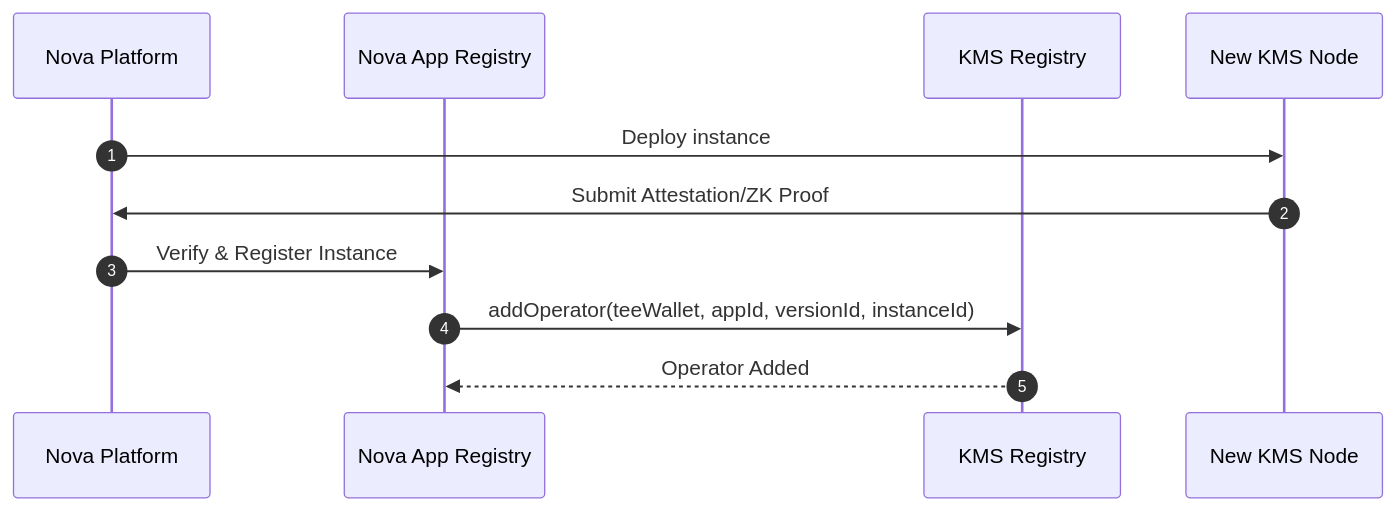
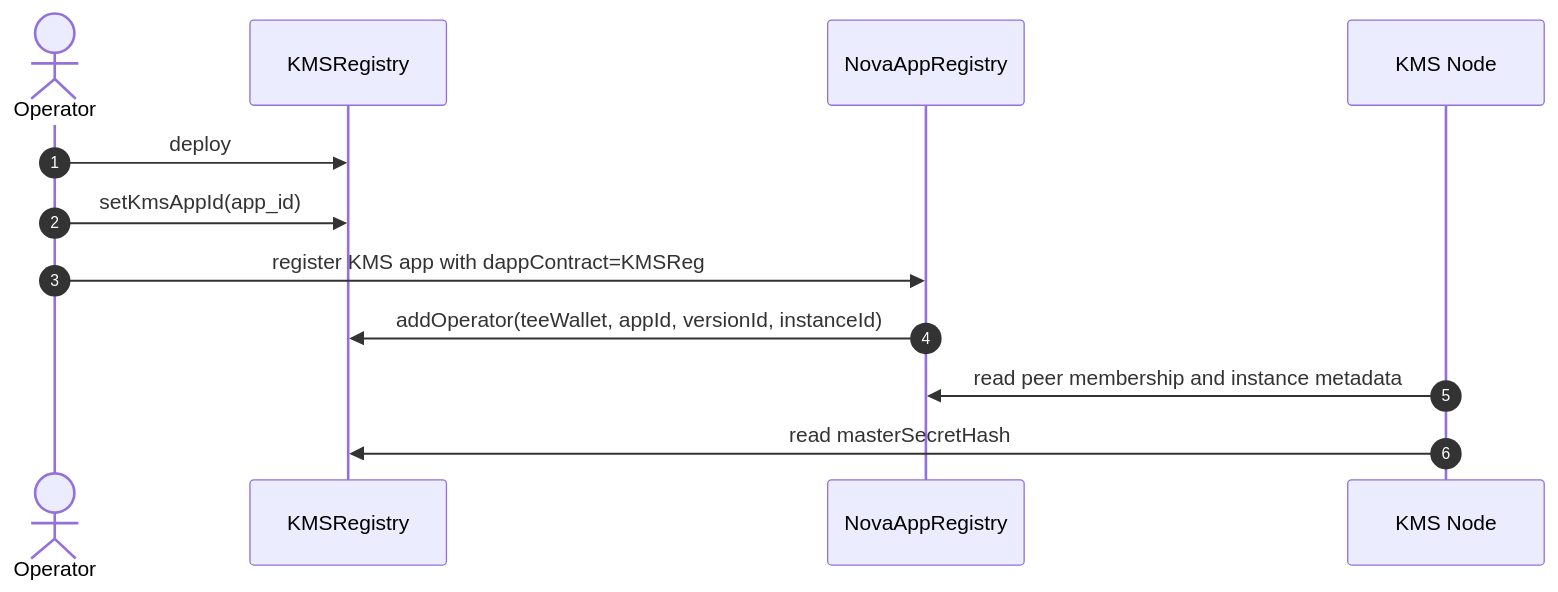
One commit to sparsity-xyz/nova-kms changed the first of 2 diagrams in docs/kms-core-workflows.md. Above: the diagram before and after it, drawn with Mermaid. The commit also changed other lines of this file and 10 other files, not shown here.

````diff
--- a/docs/kms-core-workflows.md
+++ b/docs/kms-core-workflows.md
@@ -67,14 +19,15 @@
 ```mermaid
 sequenceDiagram
     autonumber
-    participant Platform as Nova Platform
-    participant AppReg as Nova App Registry
-    participant KMSReg as KMS Registry
-    participant Node as New KMS Node
+    actor Operator
+    participant KMSReg as KMSRegistry
+    participant Nova as NovaAppRegistry
+    participant Node as KMS Node
 
-    Platform->>Node: Deploy instance
-    Node->>Platform: Submit Attestation/ZK Proof
-    Platform->>AppReg: Verify & Register Instance
-    AppReg->>KMSReg: addOperator(teeWallet, appId, versionId, instanceId)
-    KMSReg-->>AppReg: Operator Added
+    Operator->>KMSReg: deploy
+    Operator->>KMSReg: setKmsAppId(app_id)
+    Operator->>Nova: register KMS app with dappContract=KMSReg
+    Nova->>KMSReg: addOperator(teeWallet, appId, versionId, instanceId)
+    Node->>Nova: read peer membership and instance metadata
+    Node->>KMSReg: read masterSecretHash
 ```
````
